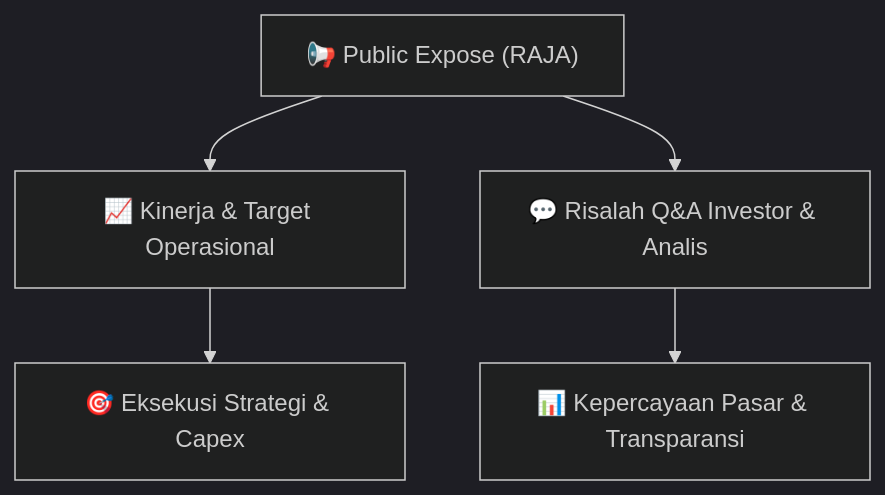
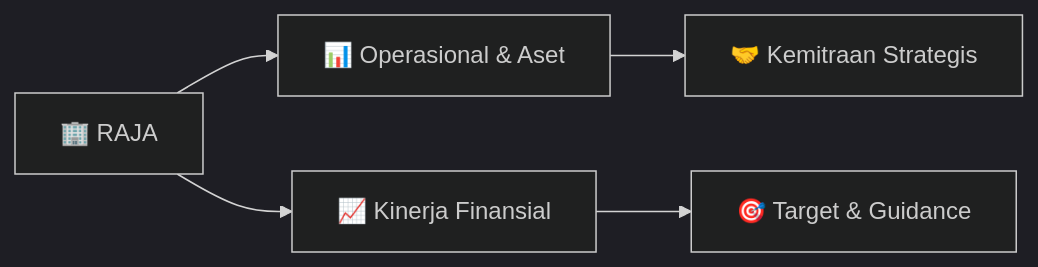
The diagram in Finplan_analyst/knowledge-base/public-exposes/informasi-pubex/RAJA_Public_Expose_20260901.md (anYoneo/alphadigest-idx), drawn with Mermaid (dark theme) before and after one commit. The commit also changed other lines of this file and 526 other files, not shown here.

````diff
--- a/Finplan_analyst/knowledge-base/public-exposes/informasi-pubex/RAJA_Public_Expose_20260901.md
+++ b/Finplan_analyst/knowledge-base/public-exposes/informasi-pubex/RAJA_Public_Expose_20260901.md
@@ -39,7 +46,7 @@
 ```mermaid
-flowchart TD
-    A["📢 Public Expose (RAJA)"] --> B["📈 Kinerja & Target Operasional"]
-    A --> C["💬 Risalah Q&A Investor & Analis"]
-    B --> D["🎯 Eksekusi Strategi & Capex"]
-    C --> E["📊 Kepercayaan Pasar & Transparansi"]
+flowchart LR
+    A["🏢 RAJA"] --> B["📊 Operasional & Aset"]
+    A --> C["📈 Kinerja Finansial"]
+    B --> D["🤝 Kemitraan Strategis"]
+    C --> E["🎯 Target & Guidance"]
 ```
````
